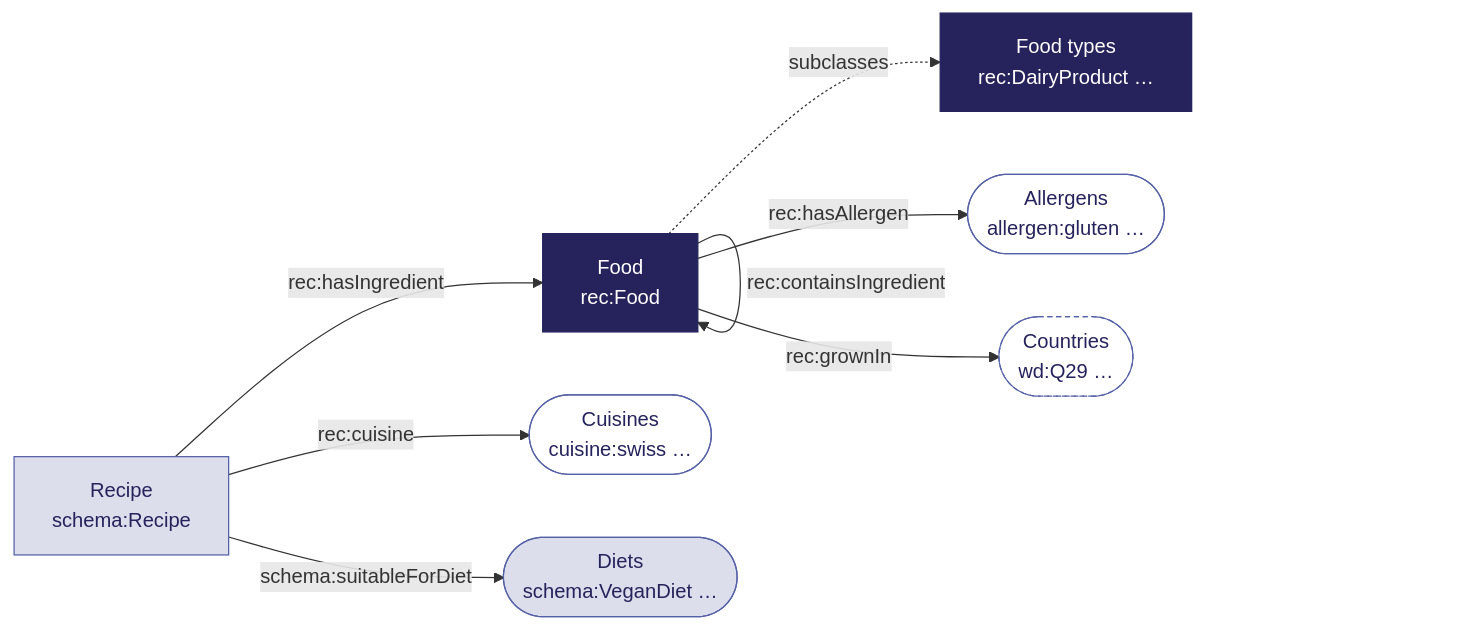
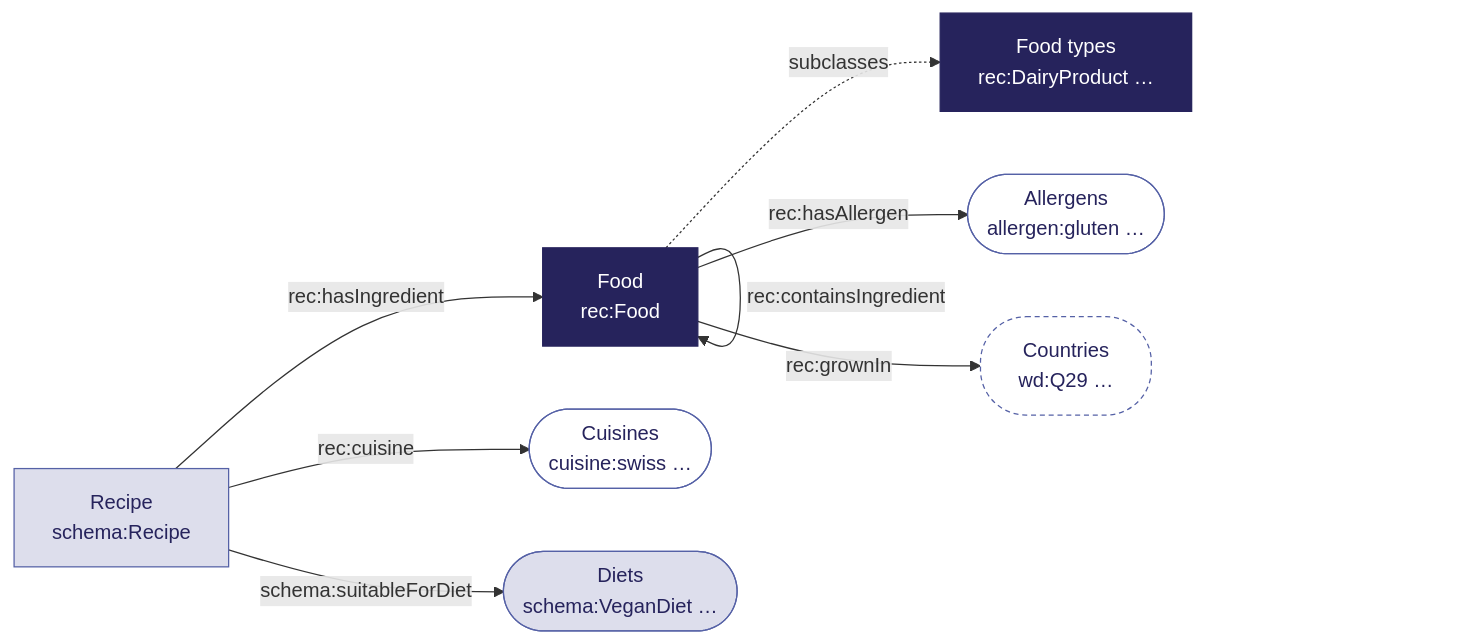
The diagram in slides/modules/h1-model/parts/02-reveal.md (sdsc-ordes/rdf-training), drawn with Mermaid before and after one commit. The commit also changed other lines of this file, not shown here.

Commit message:
fix(slides): fully dash countries pill, rename model reveal

````diff
--- a/slides/modules/h1-model/parts/02-reveal.md
+++ b/slides/modules/h1-model/parts/02-reveal.md
@@ -7,15 +7,16 @@
 ```mermaid {scale: 0.75}
 graph LR
   R["Recipe<br/>schema:Recipe"]:::reused -- rec:hasIngredient --> F["Food<br/>rec:Food"]:::ours
   F -- rec:containsIngredient --> F
   F -. subclasses .-> T["Food types<br/>rec:DairyProduct …"]:::ours
   F -- rec:hasAllergen --> A(["Allergens<br/>allergen:gluten …"]):::lists
-  F -- rec:grownIn --> C(["Countries<br/>wd:Q29 …"]):::external
+  F -- rec:grownIn --> C["Countries<br/>wd:Q29 …"]:::external
   R -- rec:cuisine --> K(["Cuisines<br/>cuisine:swiss …"]):::lists
   R -- schema:suitableForDiet --> D(["Diets<br/>schema:VeganDiet …"]):::reused
   %% colours mirror vendor/sdsc-slides/references/tokens.toml
   classDef ours fill:#26235C,stroke:#26235C,color:#FFFFFF
   classDef reused fill:#DDDEEC,stroke:#5561A6,color:#26235C
   classDef lists fill:#FFFFFF,stroke:#5561A6,color:#26235C
-  classDef external fill:#FFFFFF,stroke:#5561A6,stroke-dasharray:4 3,color:#26235C
+  %% external is a rect rounded with rx/ry (half its height): a stadium's outline is drawn in short pieces, which breaks the dashes
+  classDef external fill:#FFFFFF,stroke:#5561A6,stroke-dasharray:4 3,color:#26235C,rx:36px,ry:36px
 ```
````
